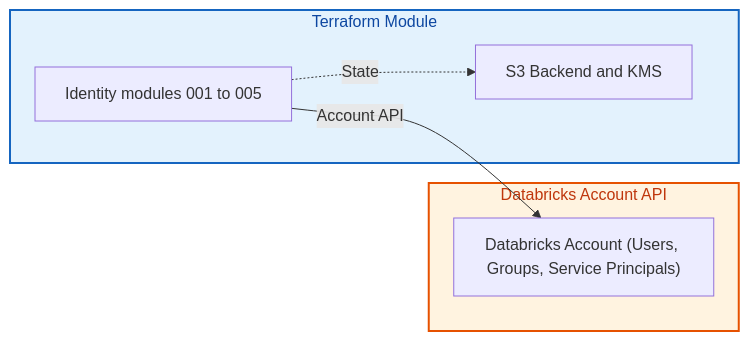
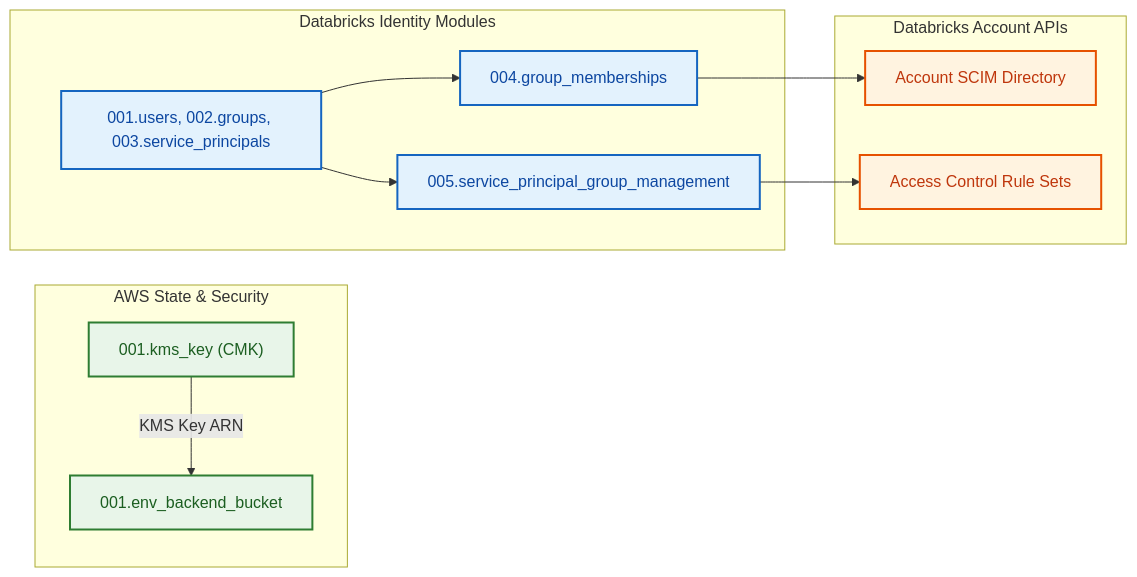
One commit to MikolajSedek/databricks_aws_deployment_02_identity_management changed the second of 3 diagrams in README.md. Above: the diagram before and after it, drawn with Mermaid. The commit also changed other lines of this file and 9 other files, not shown here.

````diff
--- a/README.md
+++ b/README.md
@@ -102,19 +126,28 @@
 ```mermaid
 flowchart LR
-    classDef tf fill:#E3F2FD,stroke:#1565C0,stroke-width:2px,color:#0D47A1;
-    classDef dbx fill:#FFF3E0,stroke:#E65100,stroke-width:2px,color:#BF360C;
+    classDef awsState fill:#E8F5E9,stroke:#2E7D32,stroke-width:2px,color:#1B5E20;
+    classDef dbxModule fill:#E3F2FD,stroke:#1565C0,stroke-width:2px,color:#0D47A1;
+    classDef targetApi fill:#FFF3E0,stroke:#E65100,stroke-width:2px,color:#BF360C;
 
-    subgraph Terraform ["Terraform Module"]
-        Backend["S3 Backend and KMS"]
-        Identity["Identity modules 001 to 005"]
+    subgraph AWSStateContainer ["AWS State & Security"]
+        KMS["001.kms_key (CMK)"]:::awsState
+        S3Bucket["001.env_backend_bucket"]:::awsState
     end
-    class Terraform tf;
 
-    subgraph AccountAPI ["Databricks Account API"]
-        Account["Databricks Account (Users, Groups, Service Principals)"]
+    subgraph IdentityModulesContainer ["Databricks Identity Modules"]
+        CorePrincipals["001.users, 002.groups, 003.service_principals"]:::dbxModule
+        Memberships["004.group_memberships"]:::dbxModule
+        SpRuleSets["005.service_principal_group_management"]:::dbxModule
     end
-    class AccountAPI dbx;
 
-    Identity -->|"Account API"| Account
-    Identity -.->|"State"| Backend
+    subgraph DatabricksAccountTarget ["Databricks Account APIs"]
+        AccountDirectory["Account SCIM Directory"]:::targetApi
+        AccountRuleSets["Access Control Rule Sets"]:::targetApi
+    end
+
+    KMS -->|"KMS Key ARN"| S3Bucket
+    CorePrincipals --> Memberships
+    CorePrincipals --> SpRuleSets
+    Memberships --> AccountDirectory
+    SpRuleSets --> AccountRuleSets
 ```
````
